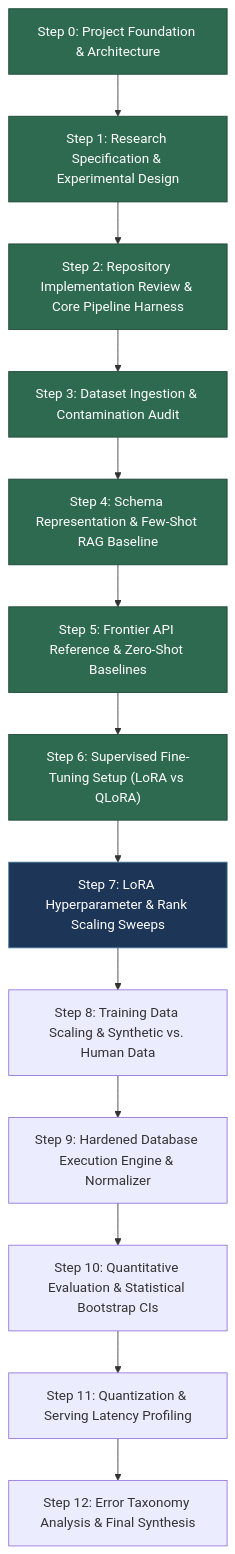
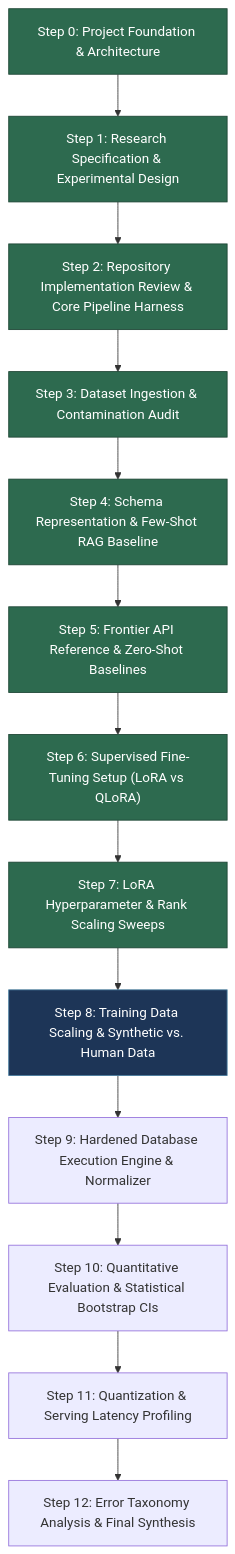
Before and after one commit to mayanksingh2745/SQLForge-a-controlled-study-of-what-fine-tuning-buys-on-text-to-SQL: the diagram in docs/research/step_dependencies.md, drawn with Mermaid. The commit also changed other lines of this file and 12 other files, not shown here.

````diff
--- a/docs/research/step_dependencies.md
+++ b/docs/research/step_dependencies.md
@@ -11,24 +11,25 @@
 ```mermaid
 graph TD
     S0["Step 0: Project Foundation & Architecture"] --> S1["Step 1: Research Specification & Experimental Design"]
     S1 --> S2["Step 2: Repository Implementation Review & Core Pipeline Harness"]
     S2 --> S3["Step 3: Dataset Ingestion & Contamination Audit"]
     S3 --> S4["Step 4: Schema Representation & Few-Shot RAG Baseline"]
     S4 --> S5["Step 5: Frontier API Reference & Zero-Shot Baselines"]
     S5 --> S6["Step 6: Supervised Fine-Tuning Setup (LoRA vs QLoRA)"]
     S6 --> S7["Step 7: LoRA Hyperparameter & Rank Scaling Sweeps"]
     S7 --> S8["Step 8: Training Data Scaling & Synthetic vs. Human Data"]
     S8 --> S9["Step 9: Hardened Database Execution Engine & Normalizer"]
     S9 --> S10["Step 10: Quantitative Evaluation & Statistical Bootstrap CIs"]
     S10 --> S11["Step 11: Quantization & Serving Latency Profiling"]
     S11 --> S12["Step 12: Error Taxonomy Analysis & Final Synthesis"]
 
     style S0 fill:#2d6a4f,stroke:#1b4332,color:#ffffff
     style S1 fill:#2d6a4f,stroke:#1b4332,color:#ffffff
     style S2 fill:#2d6a4f,stroke:#1b4332,color:#ffffff
     style S3 fill:#2d6a4f,stroke:#1b4332,color:#ffffff
     style S4 fill:#2d6a4f,stroke:#1b4332,color:#ffffff
     style S5 fill:#2d6a4f,stroke:#1b4332,color:#ffffff
     style S6 fill:#2d6a4f,stroke:#1b4332,color:#ffffff
-    style S7 fill:#1d3557,stroke:#457b9d,color:#ffffff
+    style S7 fill:#2d6a4f,stroke:#1b4332,color:#ffffff
+    style S8 fill:#1d3557,stroke:#457b9d,color:#ffffff
 ```
````
